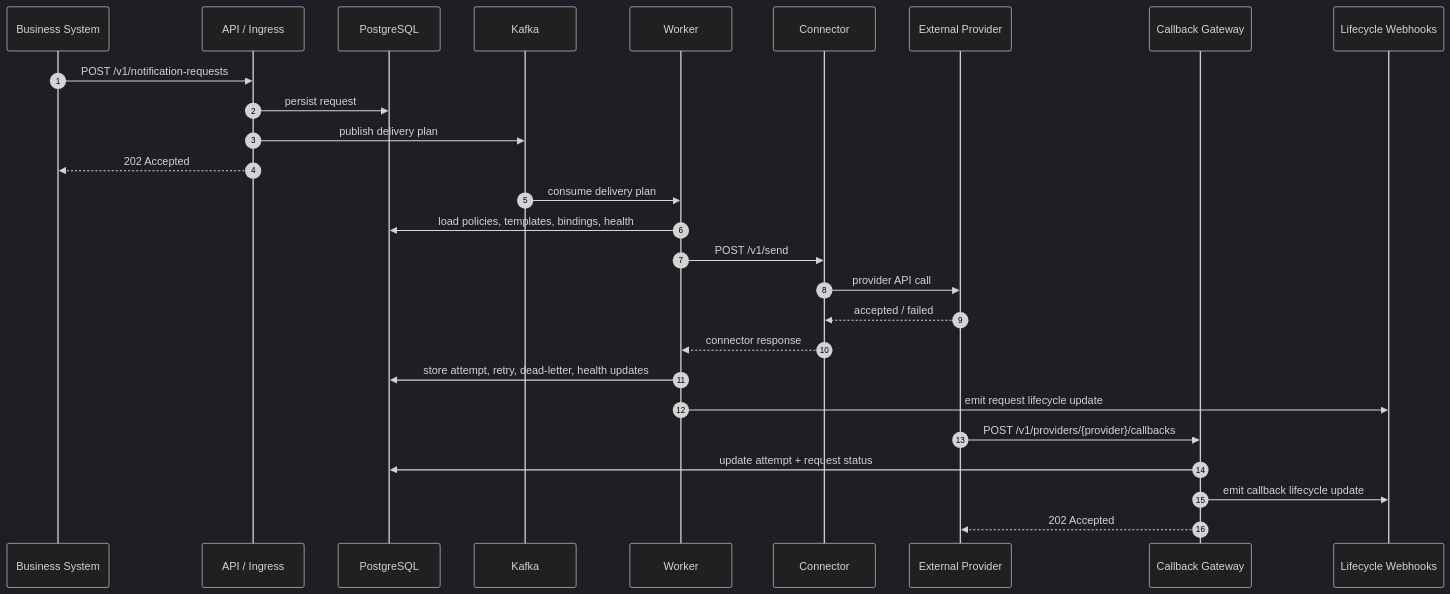
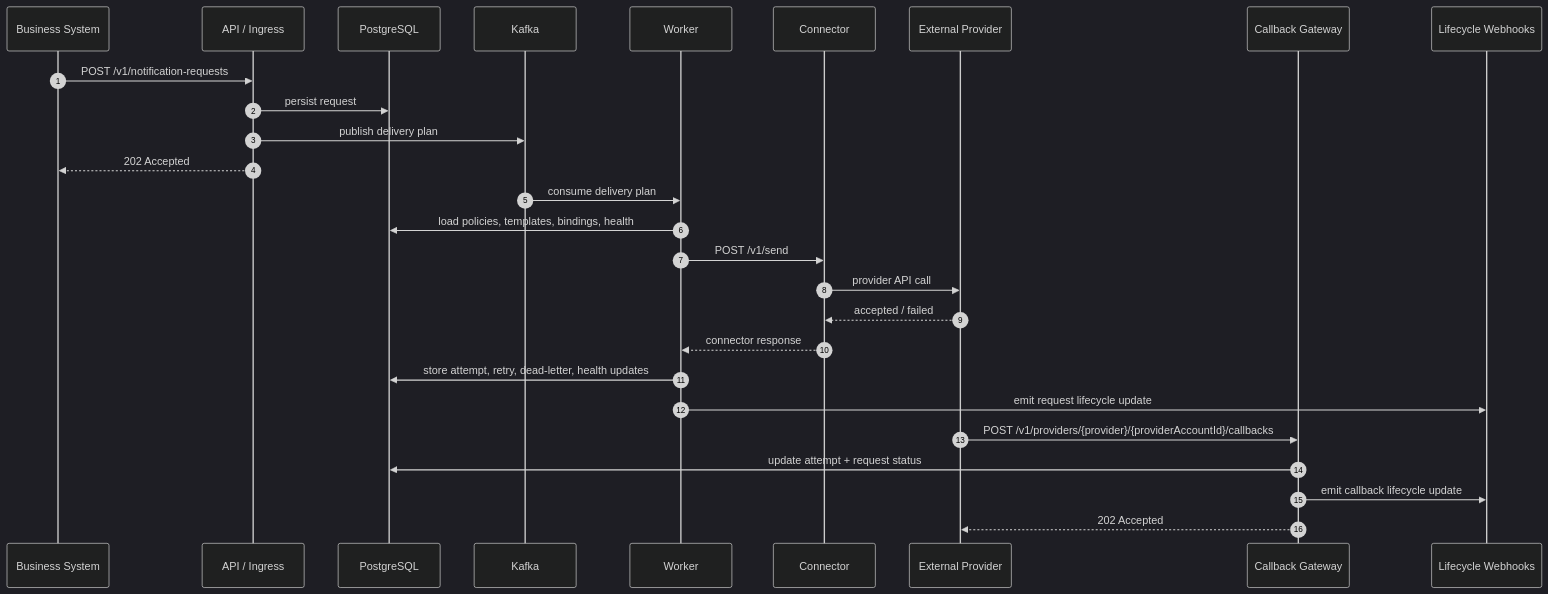
Before and after one commit to NotifyHub-in/NotifyHub: the second of 2 diagrams in docs/architecture/system-dock.md, drawn with Mermaid (dark theme). The commit also changed 32 other files, not shown here.

````diff
--- a/docs/architecture/system-dock.md
+++ b/docs/architecture/system-dock.md
@@ -80,32 +80,32 @@
 ```mermaid
 sequenceDiagram
     autonumber
     participant BS as Business System
     participant API as API / Ingress
     participant PG as PostgreSQL
     participant K as Kafka
     participant W as Worker
     participant C as Connector
     participant EP as External Provider
     participant CB as Callback Gateway
     participant VW as Lifecycle Webhooks
 
     BS->>API: POST /v1/notification-requests
     API->>PG: persist request
     API->>K: publish delivery plan
     API-->>BS: 202 Accepted
 
     K->>W: consume delivery plan
     W->>PG: load policies, templates, bindings, health
     W->>C: POST /v1/send
     C->>EP: provider API call
     EP-->>C: accepted / failed
     C-->>W: connector response
     W->>PG: store attempt, retry, dead-letter, health updates
     W->>VW: emit request lifecycle update
 
-    EP->>CB: POST /v1/providers/{provider}/callbacks
+    EP->>CB: POST /v1/providers/{provider}/{providerAccountId}/callbacks
     CB->>PG: update attempt + request status
     CB->>VW: emit callback lifecycle update
     CB-->>EP: 202 Accepted
 ```
````
